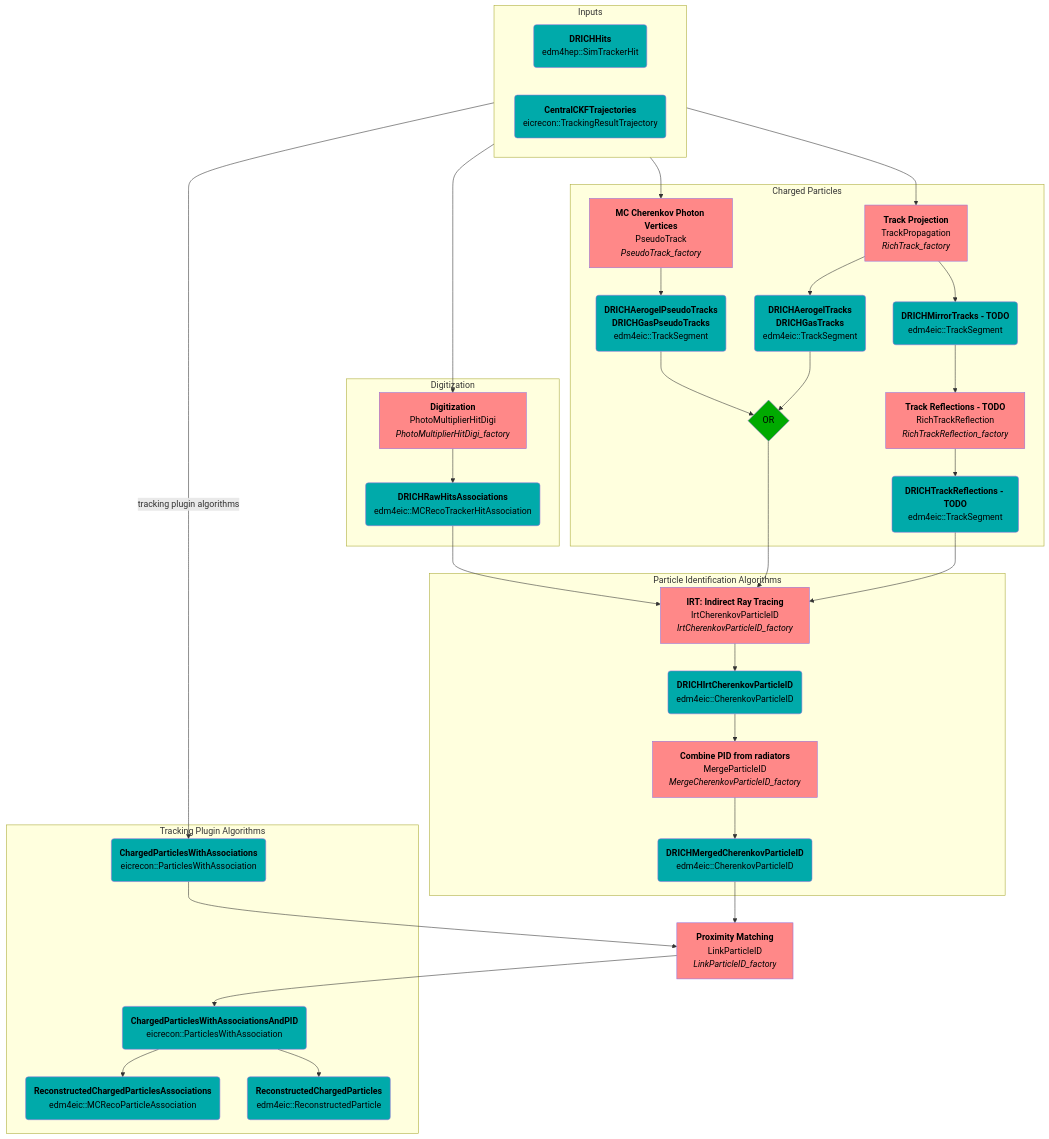
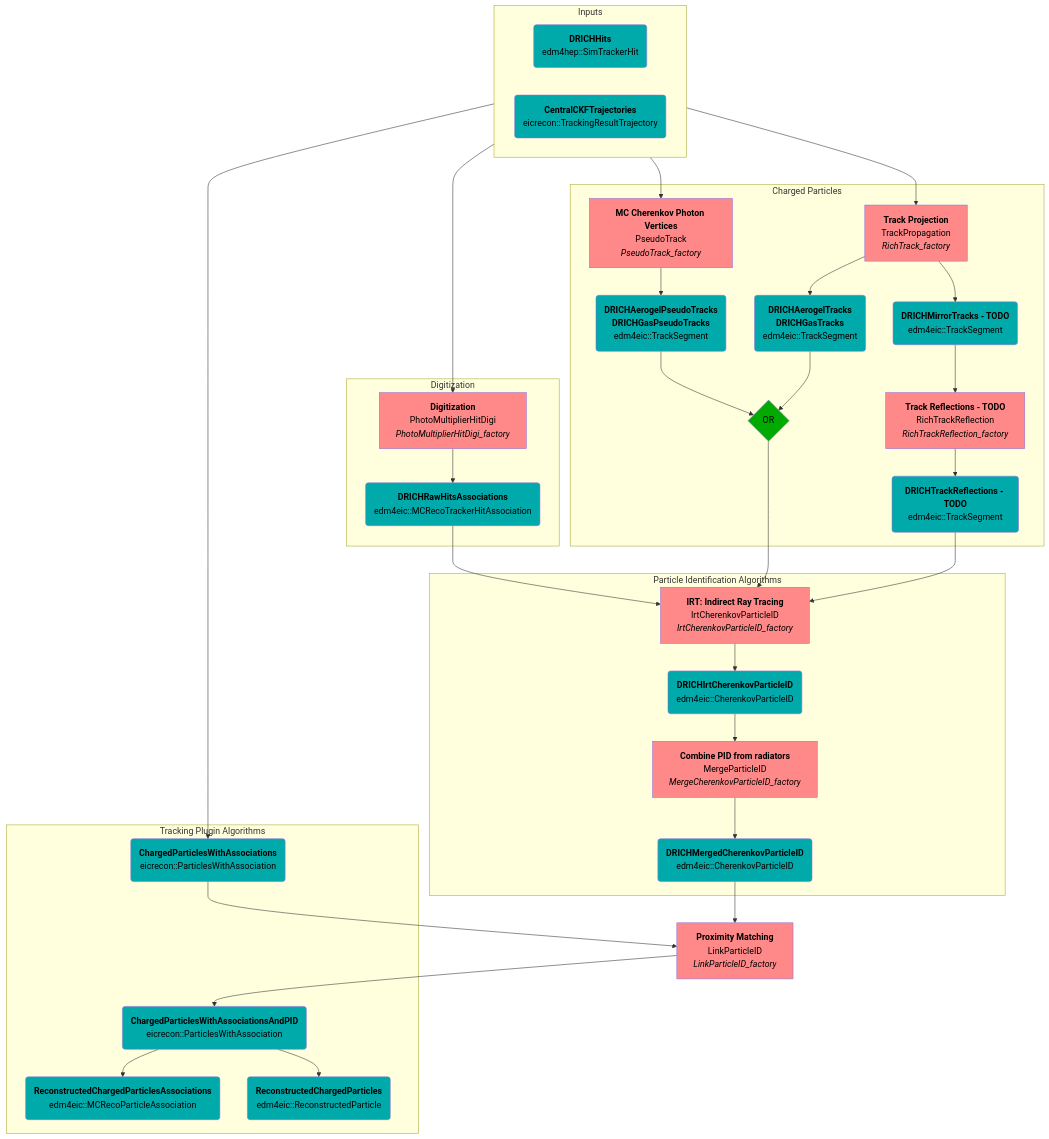
One commit to eic/EICrecon changed the second of 5 diagrams in src/detectors/DRICH/README.md. Above: the diagram before and after it, drawn with Mermaid.

Commit message:
modified:   src/detectors/DRICH/README.md

```diff
--- a/src/detectors/DRICH/README.md
+++ b/src/detectors/DRICH/README.md
@@ -91,7 +91,7 @@
   Merge --> MergePID
 
   %% linking
-  Trajectories -- tracking plugin algorithms --> ReconAssocs
+  Trajectories --> ReconAssocs
   MergePID --> ProxMatch
   ReconAssocs --> ProxMatch
   ProxMatch --> ReconAssocsPID
```
